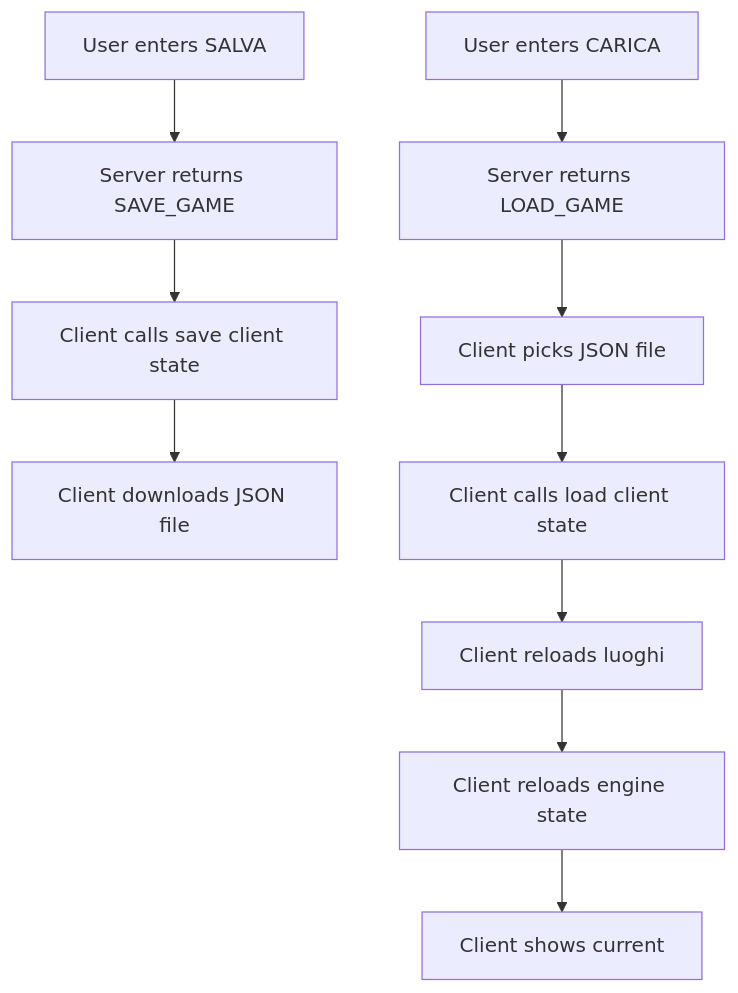
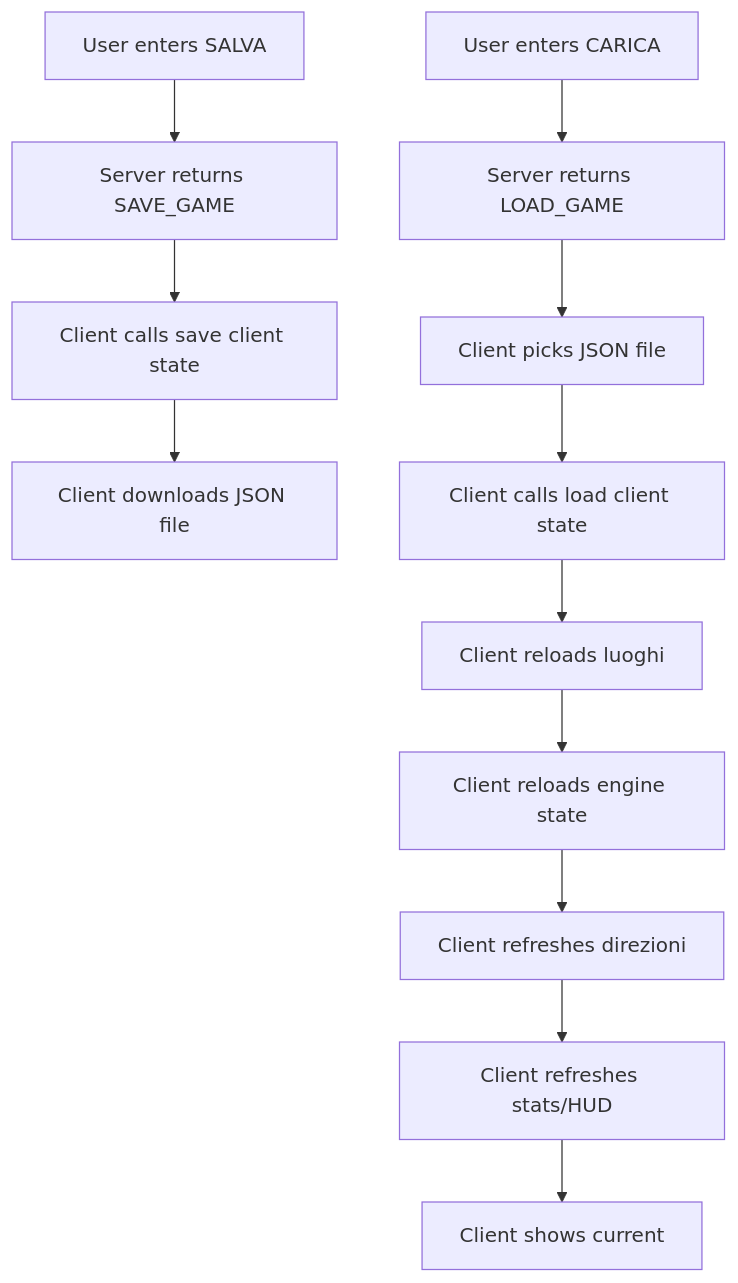
The third of 3 diagrams in docs/20260101_considerazioni_architettura.md (Aqualung61/MissioneOdessa), drawn with Mermaid before and after one commit. The commit also changed other lines of this file, not shown here.

Commit message:
Docs: aggiorna flusso CARICA (refresh HUD)

````diff
--- a/docs/20260101_considerazioni_architettura.md
+++ b/docs/20260101_considerazioni_architettura.md
@@ -81,12 +81,14 @@
 ```mermaid
 flowchart TD
    A[User enters SALVA] --> B[Server returns SAVE_GAME]
    B --> C[Client calls save client state]
    C --> D[Client downloads JSON file]
    E[User enters CARICA] --> F[Server returns LOAD_GAME]
    F --> G[Client picks JSON file]
    G --> H[Client calls load client state]
    H --> I[Client reloads luoghi]
    I --> J[Client reloads engine state]
-   J --> K[Client shows current]
+   J --> K[Client refreshes direzioni]
+   K --> L[Client refreshes stats/HUD]
+   L --> M[Client shows current]
 ```
````
